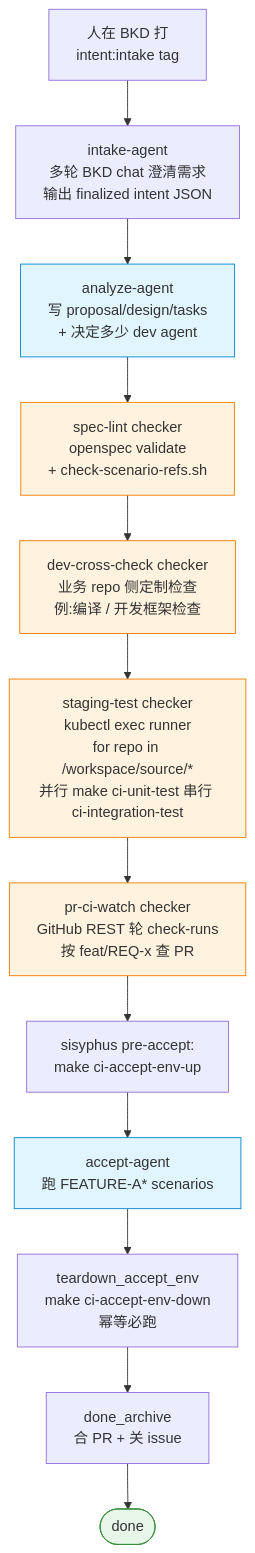
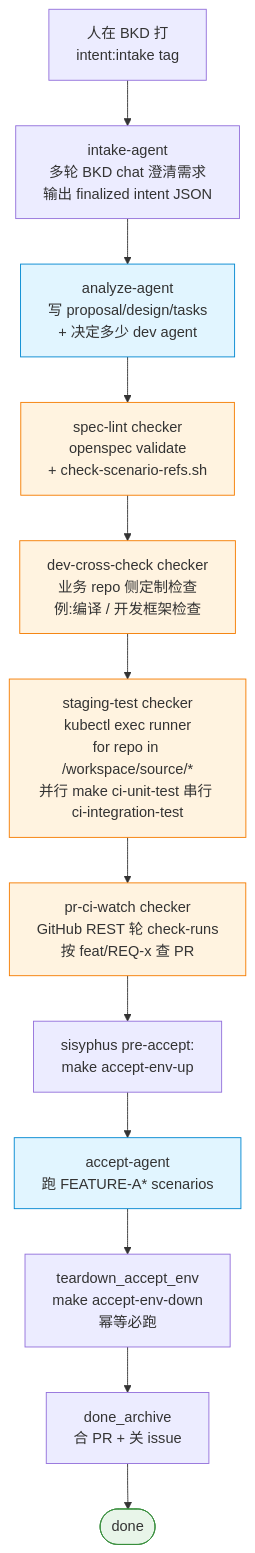
Before and after one commit to phona/sisyphus: the first of 4 diagrams in docs/architecture.md, drawn with Mermaid. The commit also changed other lines of this file and 22 other files, not shown here.

````diff
--- a/docs/architecture.md
+++ b/docs/architecture.md
@@ -47,25 +47,25 @@
 ```mermaid
 flowchart TD
     Human[人在 BKD 打<br/>intent:intake tag]
     Intake[intake-agent<br/>多轮 BKD chat 澄清需求<br/>输出 finalized intent JSON]
     Analyze[analyze-agent<br/>写 proposal/design/tasks<br/>+ 决定多少 dev agent]
     SpecLint[spec-lint checker<br/>openspec validate<br/>+ check-scenario-refs.sh]
     DevCheck[dev-cross-check checker<br/>业务 repo 侧定制检查<br/>例:编译 / 开发框架检查]
     Staging[staging-test checker<br/>kubectl exec runner<br/>for repo in /workspace/source/*<br/>并行 make ci-unit-test 串行 ci-integration-test]
     PRCI[pr-ci-watch checker<br/>GitHub REST 轮 check-runs<br/>按 feat/REQ-x 查 PR]
-    EnvUp[sisyphus pre-accept:<br/>make ci-accept-env-up]
+    EnvUp[sisyphus pre-accept:<br/>make accept-env-up]
     Accept[accept-agent<br/>跑 FEATURE-A* scenarios]
-    Teardown[teardown_accept_env<br/>make ci-accept-env-down<br/>幂等必跑]
+    Teardown[teardown_accept_env<br/>make accept-env-down<br/>幂等必跑]
     Archive[done_archive<br/>合 PR + 关 issue]
     Done([done])
 
     Human --> Intake --> Analyze --> SpecLint --> DevCheck --> Staging --> PRCI --> EnvUp --> Accept --> Teardown --> Archive --> Done
 
     classDef agent fill:#e1f5ff,stroke:#0288d1
     classDef checker fill:#fff3e0,stroke:#f57c00
     classDef terminal fill:#e8f5e9,stroke:#388e3c
 
     class Analyze,Accept agent
     class SpecLint,DevCheck,Staging,PRCI checker
     class Done terminal
 ```
````
